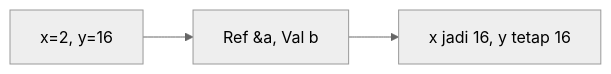
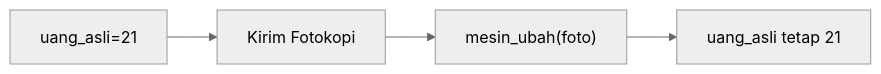
One commit to amnahwaida/OSNK_INF_PREP changed diagram 15 of 25 in part-c-pemahaman-cpp/04-fungsi/latihan/set-07.md. Above: the diagram before and after it, drawn with Mermaid (neutral theme). The commit also changed other lines of this file and 71 other files, not shown here.

````diff
--- a/part-c-pemahaman-cpp/04-fungsi/latihan/set-07.md
+++ b/part-c-pemahaman-cpp/04-fungsi/latihan/set-07.md
@@ -391,5 +413,6 @@
 ```mermaid
 graph LR
-A["x=2, y=16"] --> B["Ref &a, Val b"]
-B --> C["x jadi 16, y tetap 16"]
+A["uang_asli=21"] --> B["Kirim Fotokopi"]
+B --> C["mesin_ubah(foto)"]
+C --> D["uang_asli tetap 21"]
 ```
````
